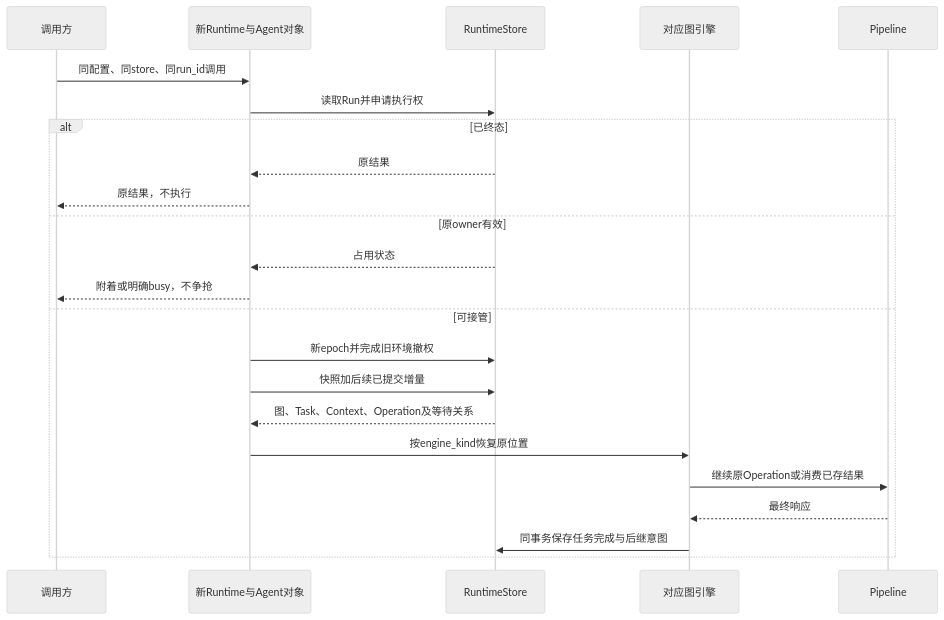
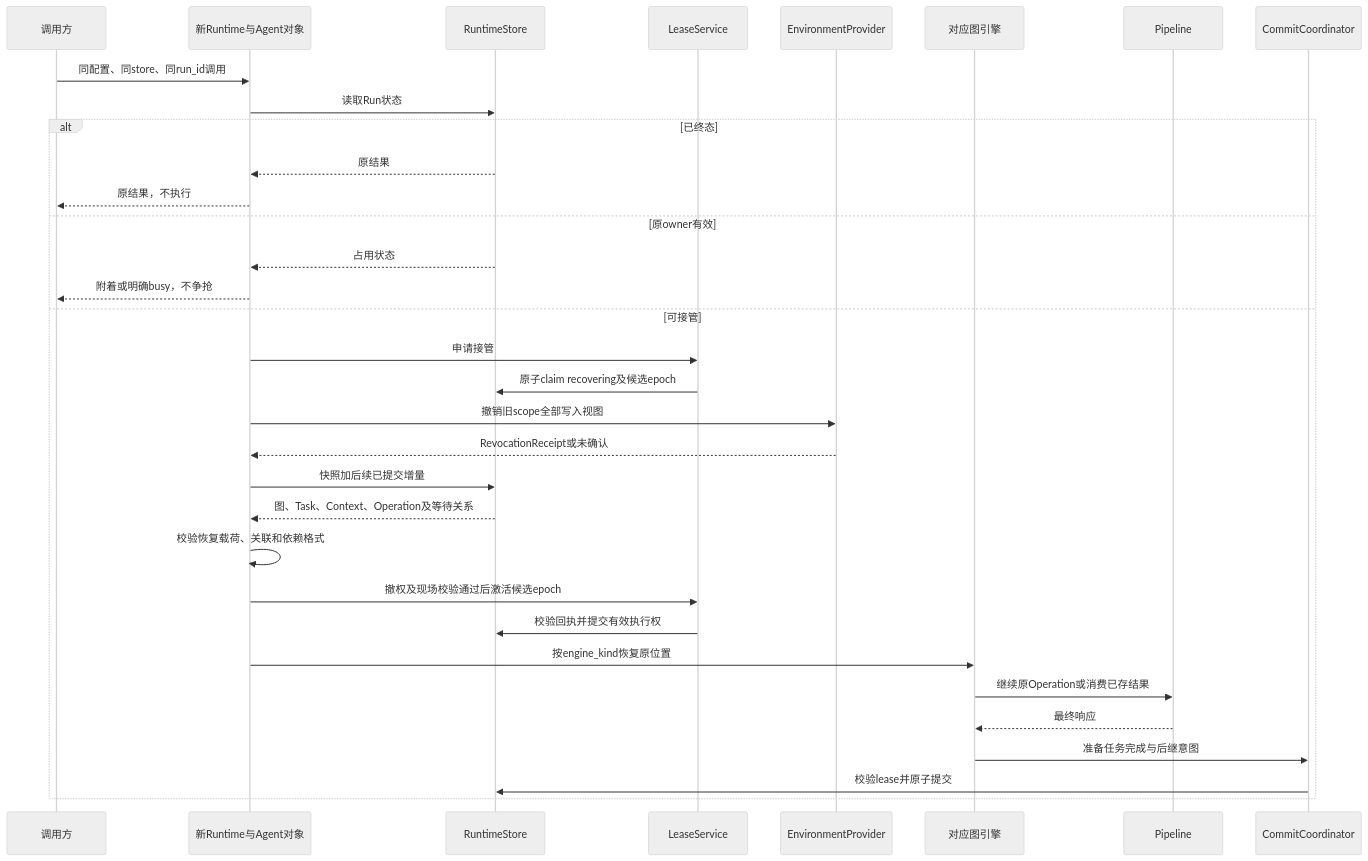
The ninth of 9 diagrams in docs/sdk/object-collaboration.md (dujian0068/agent-loom), drawn with Mermaid (neutral theme) before and after one commit. The commit also changed other lines of this file and 22 other files, not shown here.

````diff
--- a/docs/sdk/object-collaboration.md
+++ b/docs/sdk/object-collaboration.md
@@ -403,25 +424,35 @@
 ```mermaid
 sequenceDiagram
     participant A as 调用方
     participant R as 新Runtime与Agent对象
     participant S as RuntimeStore
+    participant L as LeaseService
+    participant V as EnvironmentProvider
     participant E as 对应图引擎
     participant P as Pipeline
+    participant C as CommitCoordinator
     A->>R: 同配置、同store、同run_id调用
-    R->>S: 读取Run并申请执行权
+    R->>S: 读取Run状态
     alt 已终态
         S-->>R: 原结果
         R-->>A: 原结果，不执行
     else 原owner有效
         S-->>R: 占用状态
         R-->>A: 附着或明确busy，不争抢
     else 可接管
-        R->>S: 新epoch并完成旧环境撤权
+        R->>L: 申请接管
+        L->>S: 原子claim recovering及候选epoch
+        R->>V: 撤销旧scope全部写入视图
+        V-->>R: RevocationReceipt或未确认
         R->>S: 快照加后续已提交增量
         S-->>R: 图、Task、Context、Operation及等待关系
+        R->>R: 校验恢复载荷、关联和依赖格式
+        R->>L: 撤权及现场校验通过后激活候选epoch
+        L->>S: 校验回执并提交有效执行权
         R->>E: 按engine_kind恢复原位置
         E->>P: 继续原Operation或消费已存结果
         P-->>E: 最终响应
-        E->>S: 同事务保存任务完成与后继意图
+        E->>C: 准备任务完成与后继意图
+        C->>S: 校验lease并原子提交
     end
 ```
````
